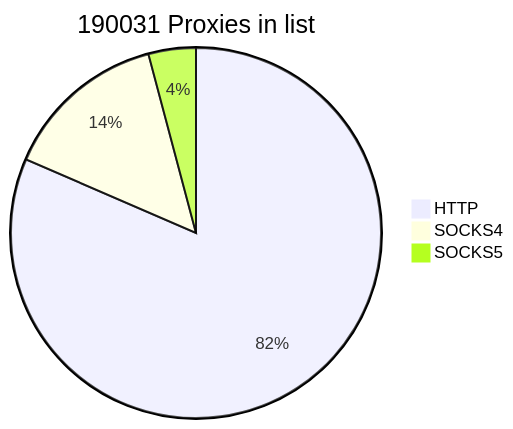
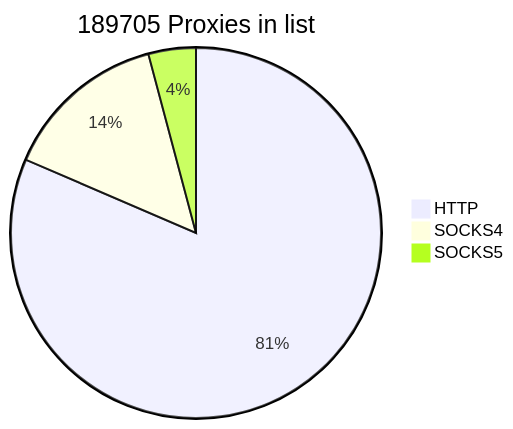
Before and after one commit to cutipu/proxylist: the first of 2 diagrams in README.md, drawn with Mermaid. The commit also changed other lines of this file, not shown here.

````diff
--- a/README.md
+++ b/README.md
@@ -2,7 +2,7 @@
 ```mermaid
-pie title 190031 Proxies in list
-    "HTTP" : 154884
-    "SOCKS4" : 27287
-    "SOCKS5" : 7860
+pie title 189705 Proxies in list
+    "HTTP" : 154559
+    "SOCKS4" : 27293
+    "SOCKS5" : 7853
             
 ```
````
